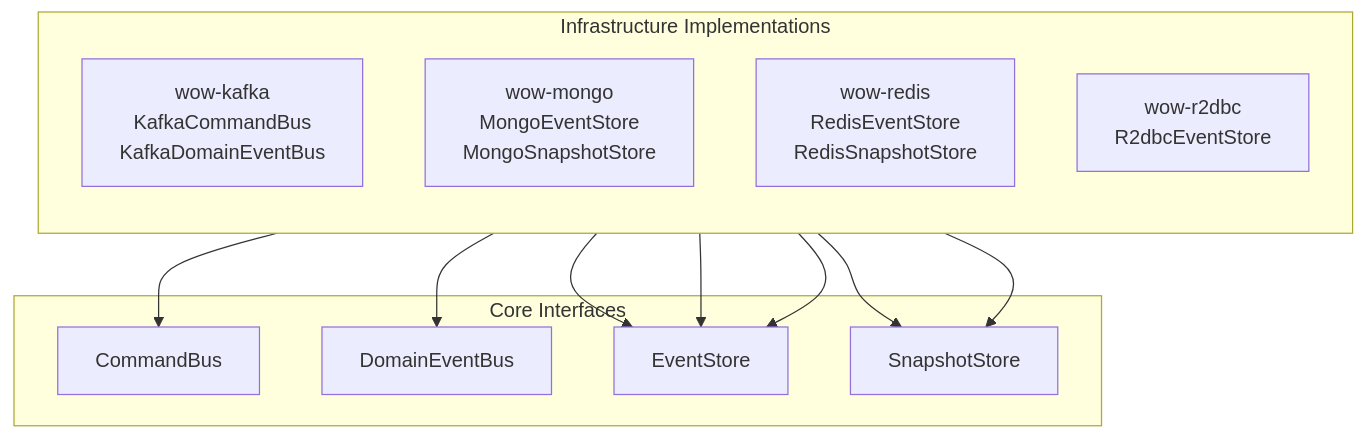
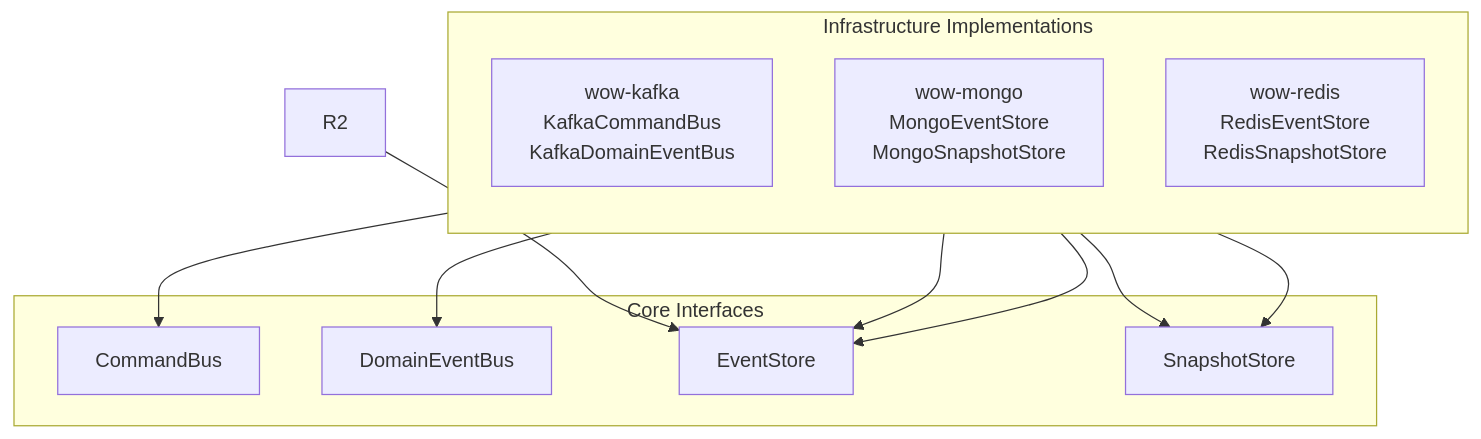
Before and after one commit to Ahoo-Wang/Wow: the second of 3 diagrams in documentation/docs/en/guide/advanced/module-dependencies.md, drawn with Mermaid. The commit also changed other lines of this file and 92 other files, not shown here.

````diff
--- a/documentation/docs/en/guide/advanced/module-dependencies.md
+++ b/documentation/docs/en/guide/advanced/module-dependencies.md
@@ -278,28 +273,27 @@
 ```mermaid
 graph TB
     subgraph Interfaces["Core Interfaces"]
         CB["CommandBus"]
         DEB["DomainEventBus"]
         ES["EventStore"]
         SR["SnapshotStore"]
     end
 
     subgraph Implementations["Infrastructure Implementations"]
         direction TB
         K["wow-kafka<br>KafkaCommandBus<br>KafkaDomainEventBus"]
         M["wow-mongo<br>MongoEventStore<br>MongoSnapshotStore"]
         R["wow-redis<br>RedisEventStore<br>RedisSnapshotStore"]
-        R2["wow-r2dbc<br>R2dbcEventStore"]
     end
 
     K --> CB
     K --> DEB
     M --> ES
     M --> SR
     R --> ES
     R --> SR
     R2 --> ES
 
 
 
 ```
````
